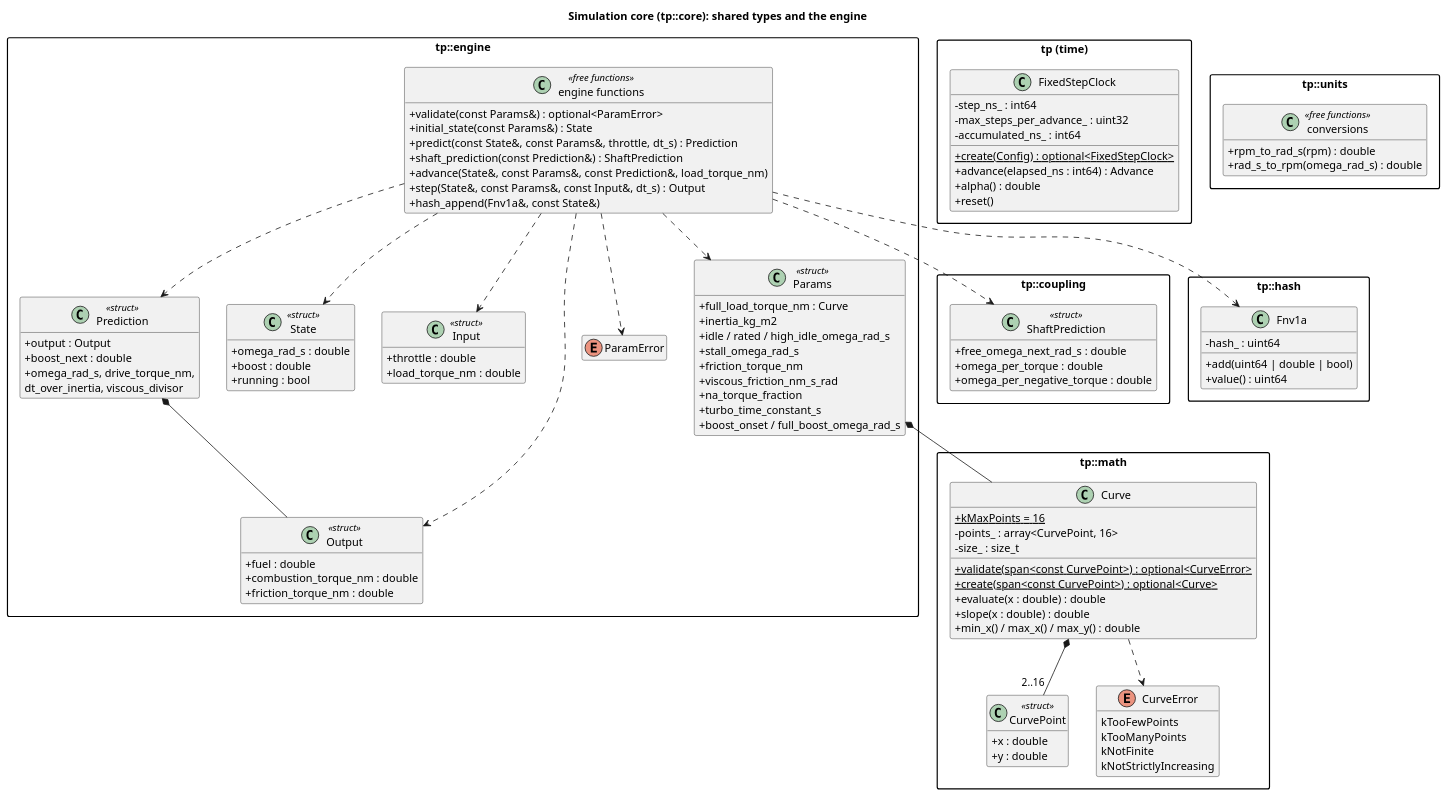
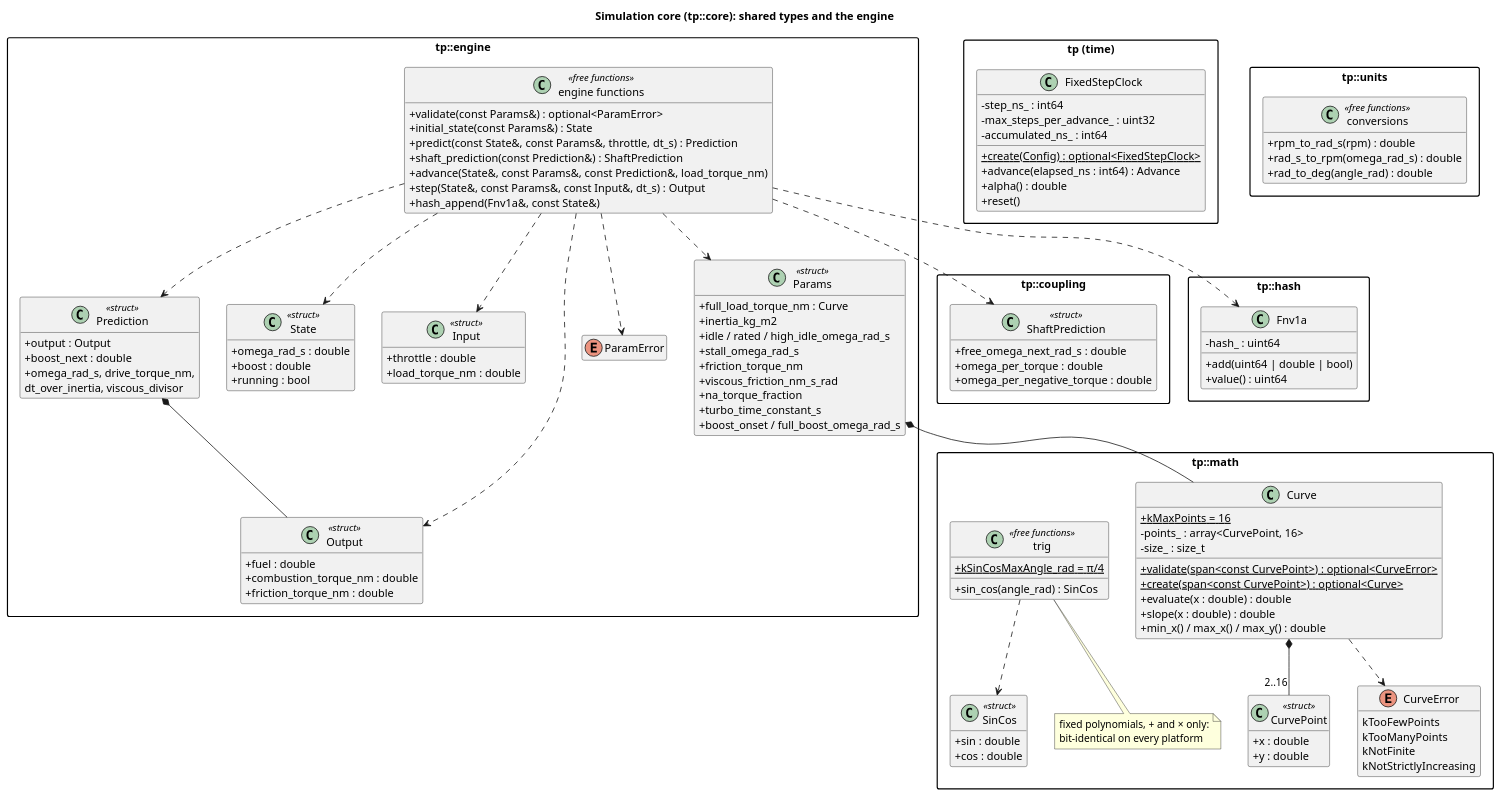
One commit to wversteeg/TractorPulling changed the diagram in docs/diagrams/core_classes.puml. Above: the diagram before and after it, drawn with PlantUML. The commit also changed 11 other files, not shown here.

First line of the commit message:
Document pitch: diagrams, conventions and architecture

```diff
--- a/docs/diagrams/core_classes.puml
+++ b/docs/diagrams/core_classes.puml
@@ -1,123 +1,137 @@
 @startuml core_classes
 title Simulation core (tp::core): shared types and the engine
 hide empty members
 skinparam packageStyle rectangle
 skinparam classAttributeIconSize 0
 
   package "tp::coupling" {
     class ShaftPrediction <<struct>> {
       +free_omega_next_rad_s : double
       +omega_per_torque : double
       +omega_per_negative_torque : double
     }
   }
 
   package "tp::math" {
     class CurvePoint <<struct>> {
       +x : double
       +y : double
     }
     enum CurveError {
       kTooFewPoints
       kTooManyPoints
       kNotFinite
       kNotStrictlyIncreasing
     }
     class Curve {
       +{static} kMaxPoints = 16
       -points_ : array<CurvePoint, 16>
       -size_ : size_t
       +{static} validate(span<const CurvePoint>) : optional<CurveError>
       +{static} create(span<const CurvePoint>) : optional<Curve>
       +evaluate(x : double) : double
       +slope(x : double) : double
       +min_x() / max_x() / max_y() : double
     }
     Curve *-- "2..16" CurvePoint
     Curve ..> CurveError
+    class SinCos <<struct>> {
+      +sin : double
+      +cos : double
+    }
+    class "trig" as Trig <<free functions>> {
+      +{static} kSinCosMaxAngle_rad = π/4
+      +sin_cos(angle_rad) : SinCos
+    }
+    Trig ..> SinCos
+    note bottom of Trig
+      fixed polynomials, + and × only:
+      bit-identical on every platform
+    end note
   }
 
   package "tp::engine" {
     class Params <<struct>> {
       +full_load_torque_nm : Curve
       +inertia_kg_m2
       +idle / rated / high_idle_omega_rad_s
       +stall_omega_rad_s
       +friction_torque_nm
       +viscous_friction_nm_s_rad
       +na_torque_fraction
       +turbo_time_constant_s
       +boost_onset / full_boost_omega_rad_s
     }
     class State <<struct>> {
       +omega_rad_s : double
       +boost : double
       +running : bool
     }
     class Input <<struct>> {
       +throttle : double
       +load_torque_nm : double
     }
     class Output <<struct>> {
       +fuel : double
       +combustion_torque_nm : double
       +friction_torque_nm : double
     }
     enum ParamError
     class Prediction <<struct>> {
       +output : Output
       +boost_next : double
       +omega_rad_s, drive_torque_nm,
        dt_over_inertia, viscous_divisor
     }
     class "engine functions" as EngineFns <<free functions>> {
       +validate(const Params&) : optional<ParamError>
       +initial_state(const Params&) : State
       +predict(const State&, const Params&, throttle, dt_s) : Prediction
       +shaft_prediction(const Prediction&) : ShaftPrediction
       +advance(State&, const Params&, const Prediction&, load_torque_nm)
       +step(State&, const Params&, const Input&, dt_s) : Output
       +hash_append(Fnv1a&, const State&)
     }
     Prediction *-- Output
     EngineFns ..> Prediction
     Params *-- Curve
     EngineFns ..> Params
     EngineFns ..> State
     EngineFns ..> Input
     EngineFns ..> Output
     EngineFns ..> ParamError
   }
 
 
   EngineFns ..> ShaftPrediction
 
   package "tp::hash" {
     class Fnv1a {
       -hash_ : uint64
       +add(uint64 | double | bool)
       +value() : uint64
     }
   }
   EngineFns ..> Fnv1a
 
   package "tp (time)" {
     class FixedStepClock {
       -step_ns_ : int64
       -max_steps_per_advance_ : uint32
       -accumulated_ns_ : int64
       +{static} create(Config) : optional<FixedStepClock>
       +advance(elapsed_ns : int64) : Advance
       +alpha() : double
       +reset()
     }
   }
 
   package "tp::units" {
     class "conversions" as Units <<free functions>> {
       +rpm_to_rad_s(rpm) : double
       +rad_s_to_rpm(omega_rad_s) : double
+      +rad_to_deg(angle_rad) : double
     }
   }
 
 @enduml
```
